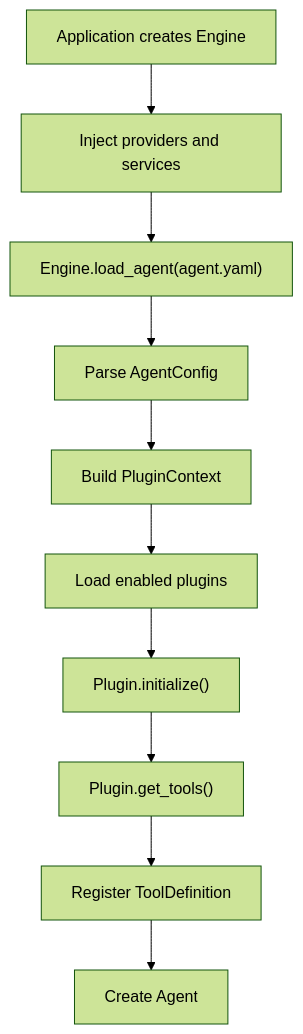
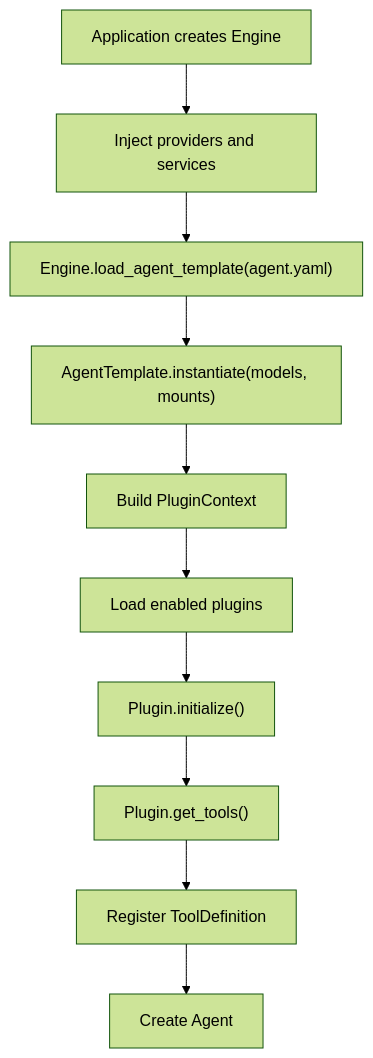
The first of 2 diagrams in README.md (axclogo/AxcAgentEngine), drawn with Mermaid (forest theme) before and after one commit. The commit also changed other lines of this file and 59 other files, not shown here.

Commit message:
Refactor agent template instantiation

````diff
--- a/README.md
+++ b/README.md
@@ -306,12 +301,12 @@
 ```mermaid
 flowchart TD
     A["Application creates Engine"] --> B["Inject providers and services"]
-    B --> C["Engine.load_agent(agent.yaml)"]
-    C --> D["Parse AgentConfig"]
+    B --> C["Engine.load_agent_template(agent.yaml)"]
+    C --> D["AgentTemplate.instantiate(models, mounts)"]
     D --> E["Build PluginContext"]
     E --> F["Load enabled plugins"]
     F --> G["Plugin.initialize()"]
     G --> H["Plugin.get_tools()"]
     H --> I["Register ToolDefinition"]
     I --> J["Create Agent"]
 ```
````
